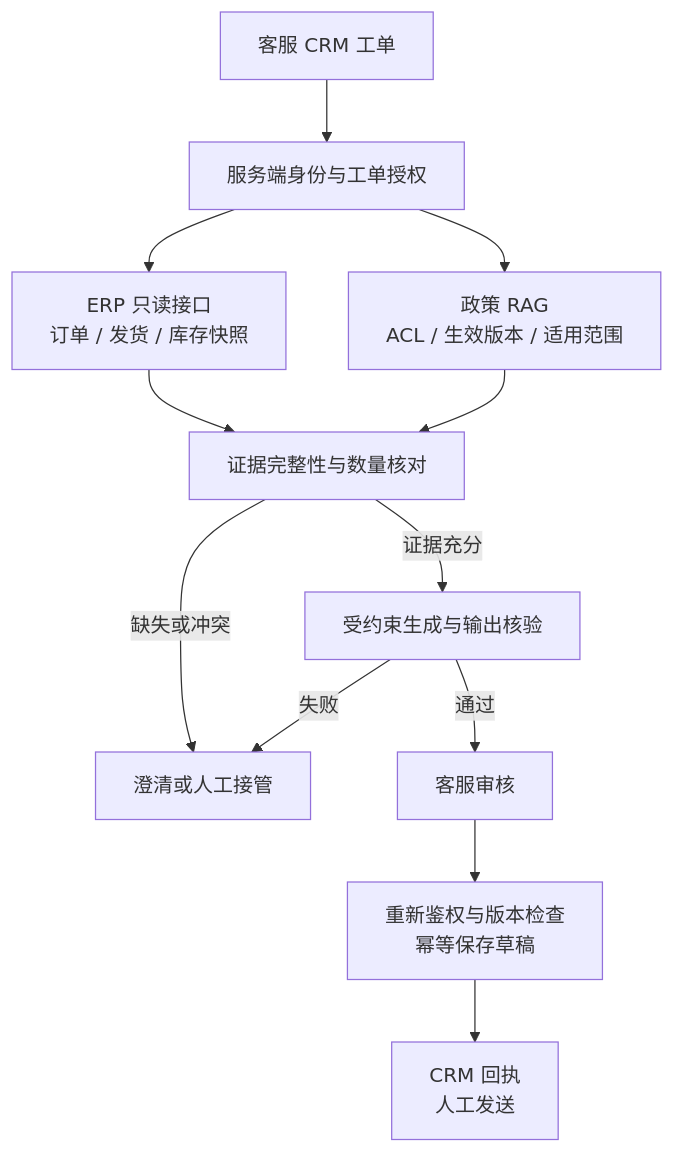
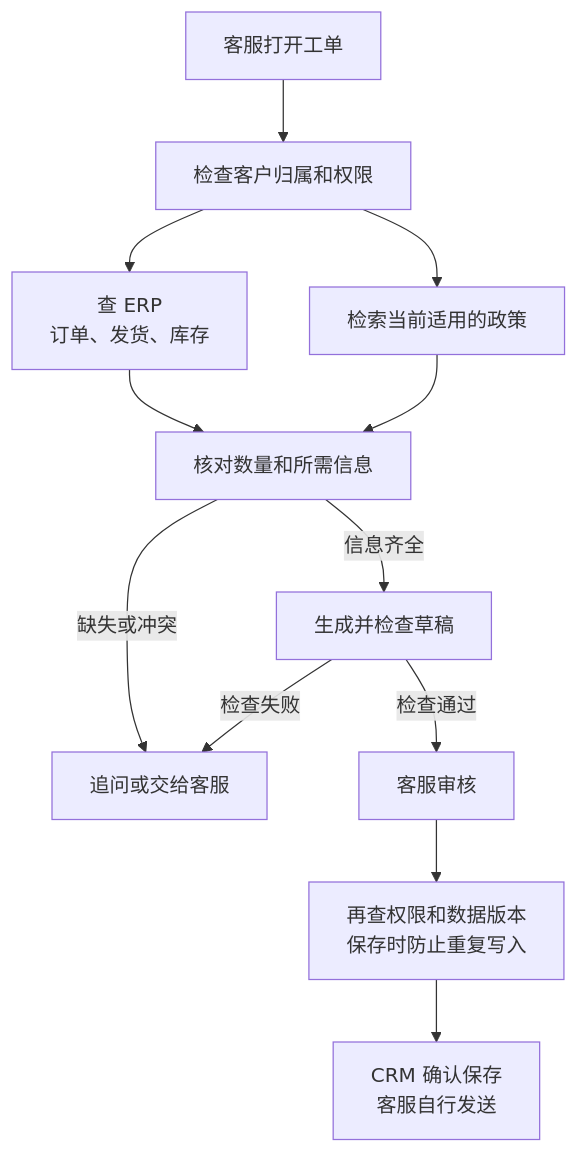
One commit to oneleaveknowsthefall/awesome-ai-roadmap changed the fifth of 5 diagrams in docs/fde/01-foundations/01-forward-deployed-engineering.md. Above: the diagram before and after it, drawn with Mermaid. The commit also changed other lines of this file and 6 other files, not shown here.

````diff
--- a/docs/fde/01-foundations/01-forward-deployed-engineering.md
+++ b/docs/fde/01-foundations/01-forward-deployed-engineering.md
@@ -517,14 +461,14 @@
 ```mermaid
 flowchart TD
-    UI["客服 CRM 工单"] --> AUTH["服务端身份与工单授权"]
-    AUTH --> LIVE["ERP 只读接口<br/>订单 / 发货 / 库存快照"]
-    AUTH --> DOC["政策 RAG<br/>ACL / 生效版本 / 适用范围"]
-    LIVE --> GATE["证据完整性与数量核对"]
+    UI["客服打开工单"] --> AUTH["检查客户归属和权限"]
+    AUTH --> LIVE["查 ERP<br/>订单、发货、库存"]
+    AUTH --> DOC["检索当前适用的政策"]
+    LIVE --> GATE["核对数量和所需信息"]
     DOC --> GATE
-    GATE -->|证据充分| DRAFT["受约束生成与输出核验"]
-    GATE -->|缺失或冲突| HUMAN["澄清或人工接管"]
-    DRAFT -->|通过| REVIEW["客服审核"]
-    DRAFT -->|失败| HUMAN
-    REVIEW --> SAVE["重新鉴权与版本检查<br/>幂等保存草稿"]
-    SAVE --> CRM["CRM 回执<br/>人工发送"]
+    GATE -->|信息齐全| DRAFT["生成并检查草稿"]
+    GATE -->|缺失或冲突| HUMAN["追问或交给客服"]
+    DRAFT -->|检查通过| REVIEW["客服审核"]
+    DRAFT -->|检查失败| HUMAN
+    REVIEW --> SAVE["再查权限和数据版本<br/>保存时防止重复写入"]
+    SAVE --> CRM["CRM 确认保存<br/>客服自行发送"]
 ```
````
